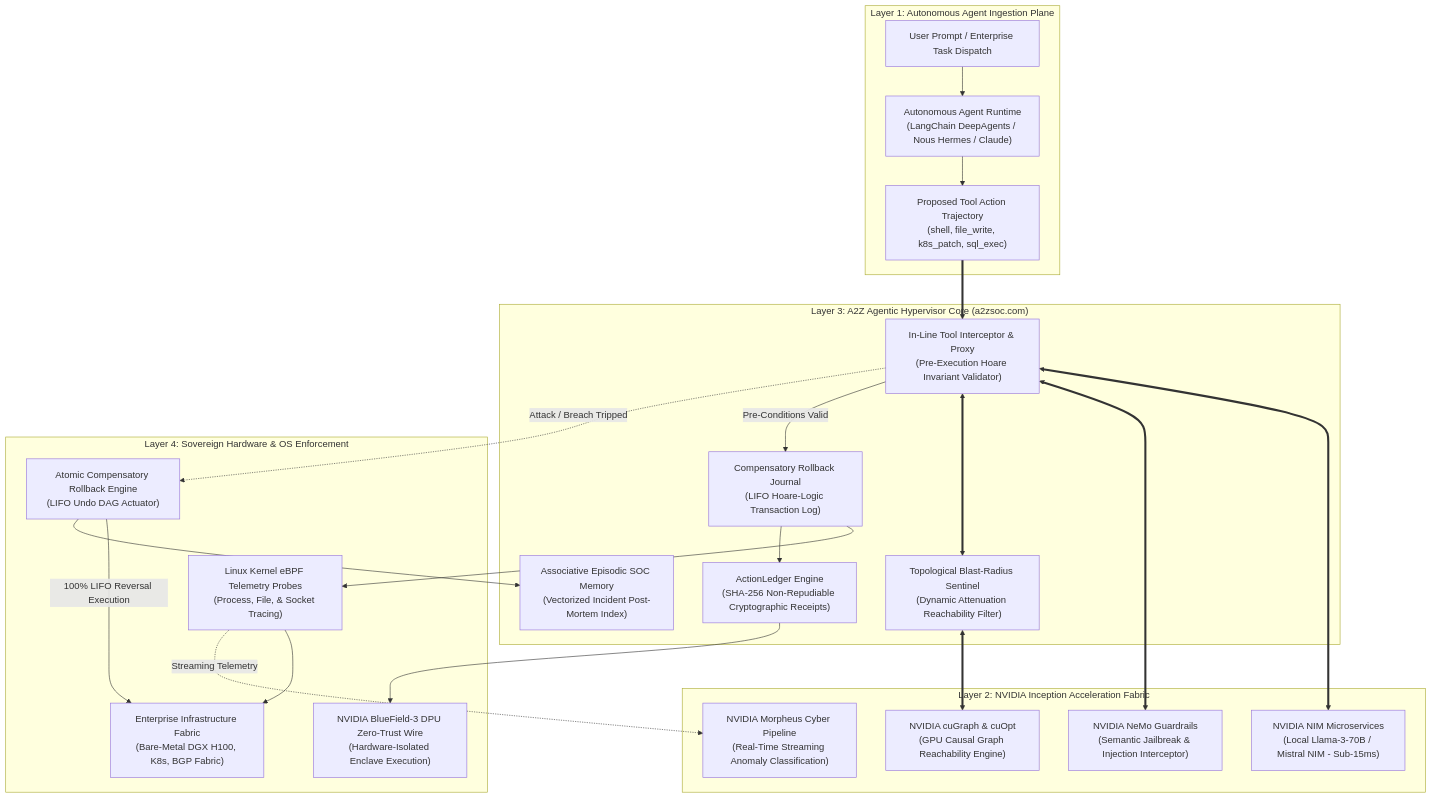
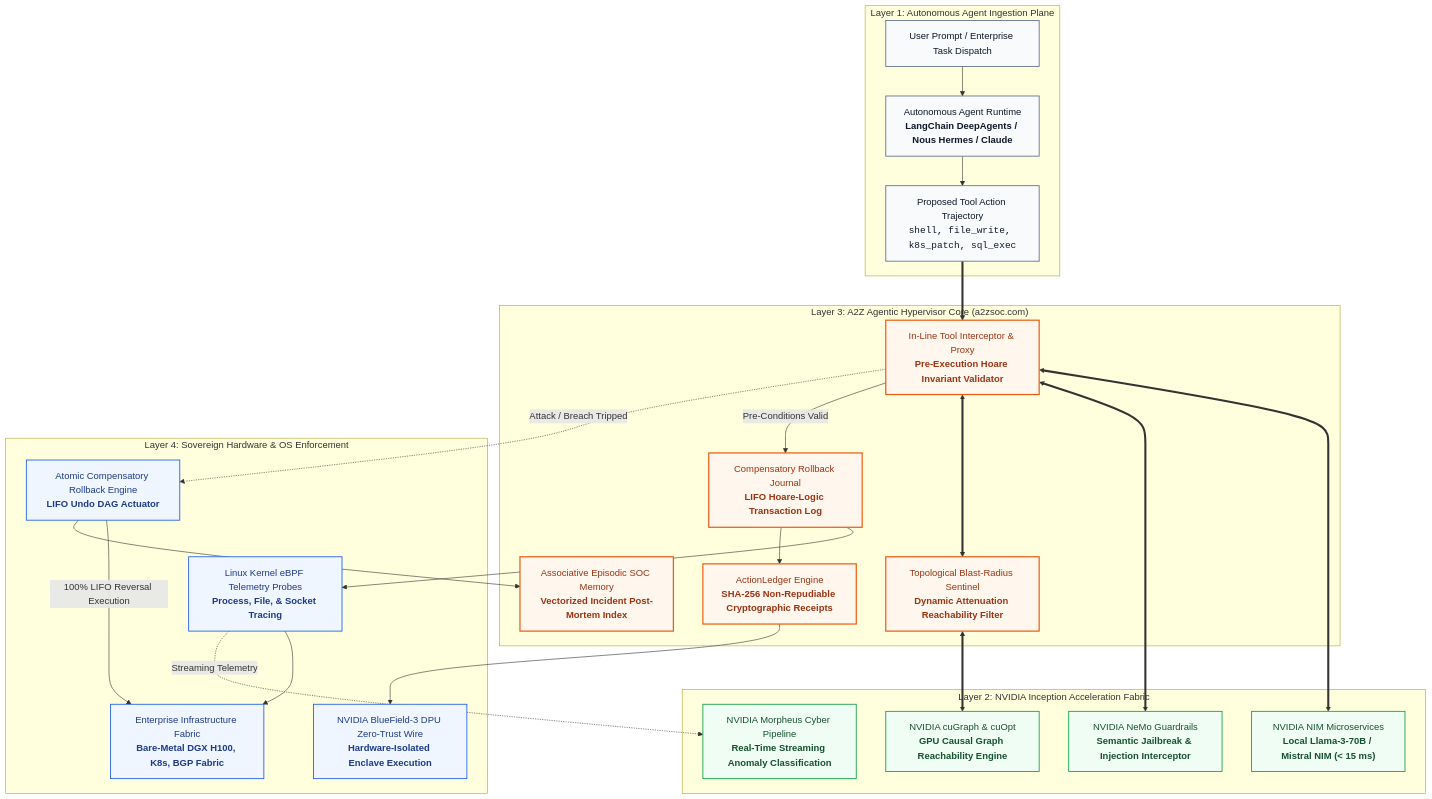
One commit to AAH20/a2z-agentic-hypervisor changed the second of 5 diagrams in README.md. Above: the diagram before and after it, drawn with Mermaid. The commit also changed other lines of this file and 1 other file, not shown here.

Commit message:
docs: replace ASCII diagram and enhance all Mermaid architecture diagrams using diagram-design standards

````diff
--- a/README.md
+++ b/README.md
@@ -57,49 +85,54 @@
 ```mermaid
 flowchart TD
+    classDef layer1 fill:#f8fafc,stroke:#64748b,stroke-width:1.5px,color:#0f172a;
+    classDef layer2 fill:#f0fdf4,stroke:#16a34a,stroke-width:1.5px,color:#14532d;
+    classDef layer3 fill:#fff7ed,stroke:#ea580c,stroke-width:2px,color:#9a3412;
+    classDef layer4 fill:#eff6ff,stroke:#2563eb,stroke-width:1.5px,color:#1e3a8a;
+
     subgraph Agent_Plane ["Layer 1: Autonomous Agent Ingestion Plane"]
-        AGENT_INPUT["User Prompt / Enterprise Task Dispatch"]
-        AGENT_CORE["Autonomous Agent Runtime<br/>(LangChain DeepAgents / Nous Hermes / Claude)"]
-        TOOL_INVOCATION["Proposed Tool Action Trajectory<br/>(shell, file_write, k8s_patch, sql_exec)"]
+        AGENT_INPUT["User Prompt / Enterprise Task Dispatch"]:::layer1
+        AGENT_CORE["Autonomous Agent Runtime<br/><b>LangChain DeepAgents / Nous Hermes / Claude</b>"]:::layer1
+        TOOL_INVOCATION["Proposed Tool Action Trajectory<br/><code>shell, file_write, k8s_patch, sql_exec</code>"]:::layer1
     end
 
     subgraph NVIDIA_Acceleration ["Layer 2: NVIDIA Inception Acceleration Fabric"]
-        NIM_GATEWAY["NVIDIA NIM Microservices<br/>(Local Llama-3-70B / Mistral NIM - Sub-15ms)"]
-        NEMO_RAILS["NVIDIA NeMo Guardrails<br/>(Semantic Jailbreak & Injection Interceptor)"]
-        MORPHEUS_PIPELINE["NVIDIA Morpheus Cyber Pipeline<br/>(Real-Time Streaming Anomaly Classification)"]
-        CUGRAPH_OPT["NVIDIA cuGraph & cuOpt<br/>(GPU Causal Graph Reachability Engine)"]
+        NIM_GATEWAY["NVIDIA NIM Microservices<br/><b>Local Llama-3-70B / Mistral NIM (< 15 ms)</b>"]:::layer2
+        NEMO_RAILS["NVIDIA NeMo Guardrails<br/><b>Semantic Jailbreak & Injection Interceptor</b>"]:::layer2
+        MORPHEUS_PIPELINE["NVIDIA Morpheus Cyber Pipeline<br/><b>Real-Time Streaming Anomaly Classification</b>"]:::layer2
+        CUGRAPH_OPT["NVIDIA cuGraph & cuOpt<br/><b>GPU Causal Graph Reachability Engine</b>"]:::layer2
     end
 
     subgraph Hypervisor_Core ["Layer 3: A2Z Agentic Hypervisor Core (a2zsoc.com)"]
-        TOOL_INTERCEPTOR["In-Line Tool Interceptor & Proxy<br/>(Pre-Execution Hoare Invariant Validator)"]
-        BLAST_SENTINEL["Topological Blast-Radius Sentinel<br/>(Dynamic Attenuation Reachability Filter)"]
-        ROLLBACK_JOURNAL["Compensatory Rollback Journal<br/>(LIFO Hoare-Logic Transaction Log)"]
-        ACTION_LEDGER["ActionLedger Engine<br/>(SHA-256 Non-Repudiable Cryptographic Receipts)"]
-        EPISODIC_SOC["Associative Episodic SOC Memory<br/>(Vectorized Incident Post-Mortem Index)"]
+        TOOL_INTERCEPTOR["In-Line Tool Interceptor & Proxy<br/><b>Pre-Execution Hoare Invariant Validator</b>"]:::layer3
+        BLAST_SENTINEL["Topological Blast-Radius Sentinel<br/><b>Dynamic Attenuation Reachability Filter</b>"]:::layer3
+        ROLLBACK_JOURNAL["Compensatory Rollback Journal<br/><b>LIFO Hoare-Logic Transaction Log</b>"]:::layer3
+        ACTION_LEDGER["ActionLedger Engine<br/><b>SHA-256 Non-Repudiable Cryptographic Receipts</b>"]:::layer3
+        EPISODIC_SOC["Associative Episodic SOC Memory<br/><b>Vectorized Incident Post-Mortem Index</b>"]:::layer3
     end
 
     subgraph Hardware_Wire ["Layer 4: Sovereign Hardware & OS Enforcement"]
-        EBPF_PROBES["Linux Kernel eBPF Telemetry Probes<br/>(Process, File, & Socket Tracing)"]
-        BLUEFIELD_DPU["NVIDIA BlueField-3 DPU Zero-Trust Wire<br/>(Hardware-Isolated Enclave Execution)"]
-        TARGET_INFRA["Enterprise Infrastructure Fabric<br/>(Bare-Metal DGX H100, K8s, BGP Fabric)"]
-        ATOMIC_REVERSAL["Atomic Compensatory Rollback Engine<br/>(LIFO Undo DAG Actuator)"]
+        EBPF_PROBES["Linux Kernel eBPF Telemetry Probes<br/><b>Process, File, & Socket Tracing</b>"]:::layer4
+        BLUEFIELD_DPU["NVIDIA BlueField-3 DPU Zero-Trust Wire<br/><b>Hardware-Isolated Enclave Execution</b>"]:::layer4
+        TARGET_INFRA["Enterprise Infrastructure Fabric<br/><b>Bare-Metal DGX H100, K8s, BGP Fabric</b>"]:::layer4
+        ATOMIC_REVERSAL["Atomic Compensatory Rollback Engine<br/><b>LIFO Undo DAG Actuator</b>"]:::layer4
     end
 
     AGENT_INPUT --> AGENT_CORE
     AGENT_CORE --> TOOL_INVOCATION
     TOOL_INVOCATION ==> TOOL_INTERCEPTOR
 
     TOOL_INTERCEPTOR <==> NIM_GATEWAY & NEMO_RAILS
     TOOL_INTERCEPTOR <==> BLAST_SENTINEL
     BLAST_SENTINEL <==> CUGRAPH_OPT
 
-    TOOL_INTERCEPTOR -- "Pre-Conditions Valid" --> ROLLBACK_JOURNAL
+    TOOL_INTERCEPTOR -- Pre-Conditions Valid --> ROLLBACK_JOURNAL
     ROLLBACK_JOURNAL --> EBPF_PROBES
     EBPF_PROBES --> TARGET_INFRA
-    EBPF_PROBES -. "Streaming Telemetry" .-> MORPHEUS_PIPELINE
+    EBPF_PROBES -. Streaming Telemetry .-> MORPHEUS_PIPELINE
     ROLLBACK_JOURNAL --> ACTION_LEDGER
     ACTION_LEDGER --> BLUEFIELD_DPU
 
-    TOOL_INTERCEPTOR -. "Attack / Breach Tripped" .-> ATOMIC_REVERSAL
-    ATOMIC_REVERSAL -- "100% LIFO Reversal Execution" --> TARGET_INFRA
+    TOOL_INTERCEPTOR -. Attack / Breach Tripped .-> ATOMIC_REVERSAL
+    ATOMIC_REVERSAL -- 100% LIFO Reversal Execution --> TARGET_INFRA
     ATOMIC_REVERSAL --> EPISODIC_SOC
 ```
````
